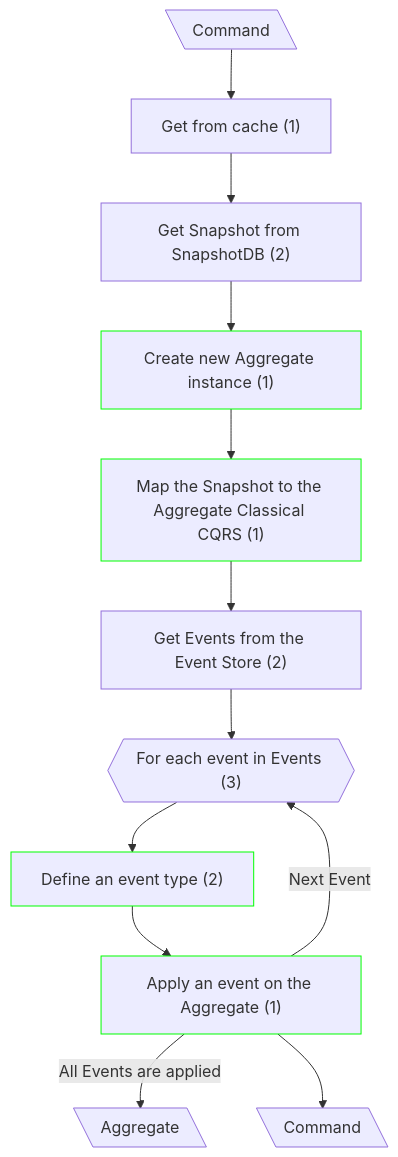
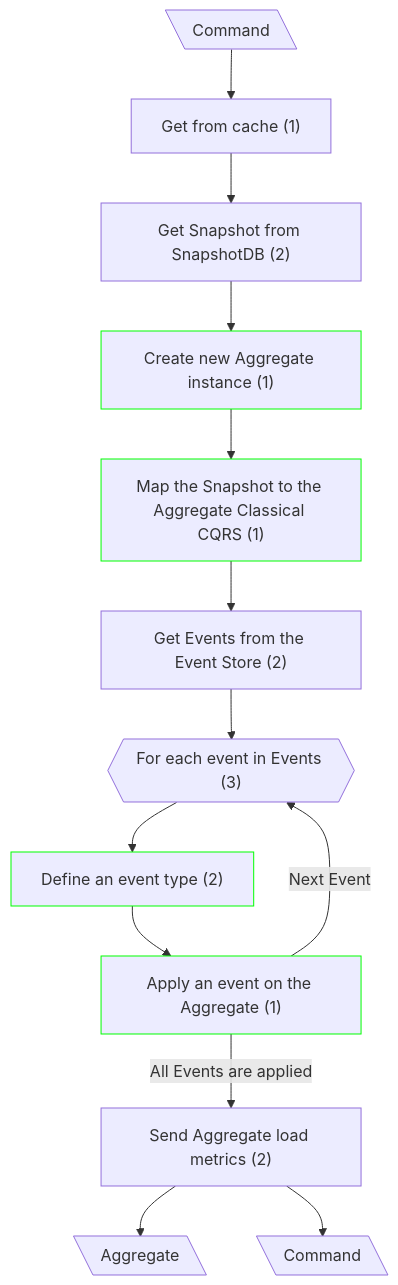
One commit to dmitryhruzin/CQRS-variations-test changed the fourth of 9 diagrams in docs/CF Complexity/update.md. Above: the diagram before and after it, drawn with Mermaid. The commit also changed other lines of this file and 4 other files, not shown here.

Commit message:
docs: add infra calls to diagrams

````diff
--- a/docs/CF Complexity/update.md
+++ b/docs/CF Complexity/update.md
@@ -74,16 +76,17 @@
 ```mermaid
 flowchart TD
   classDef mod stroke:#0f0
   A@{ shape: lean-l, label: "Command" }
   A --> B["Get from cache (1)"]
   B --> C["Get Snapshot from SnapshotDB (2)"]
   C --> D["Create new Aggregate instance (1)"]
   D:::mod --> D2["Map the Snapshot to the Aggregate Classical CQRS (1)"]
   D2:::mod --> E["Get Events from the Event Store (2)"]
   E --> F{{"For each event in Events (3)"}}
   F --> G["Define an event type (2)"]
   G:::mod --> H["Apply an event on the Aggregate (1)"]
   H --"Next Event"--> F
-  H:::mod --"All Events are applied"--> I@{ shape: lean-l, label: "Aggregate" }
-  H --> J@{ shape: lean-l, label: "Command" }
+  H:::mod --"All Events are applied"--> M["Send Aggregate load metrics (2)"]
+  M --> I@{ shape: lean-l, label: "Aggregate" }
+  M --> J@{ shape: lean-l, label: "Command" }
 ```
````
